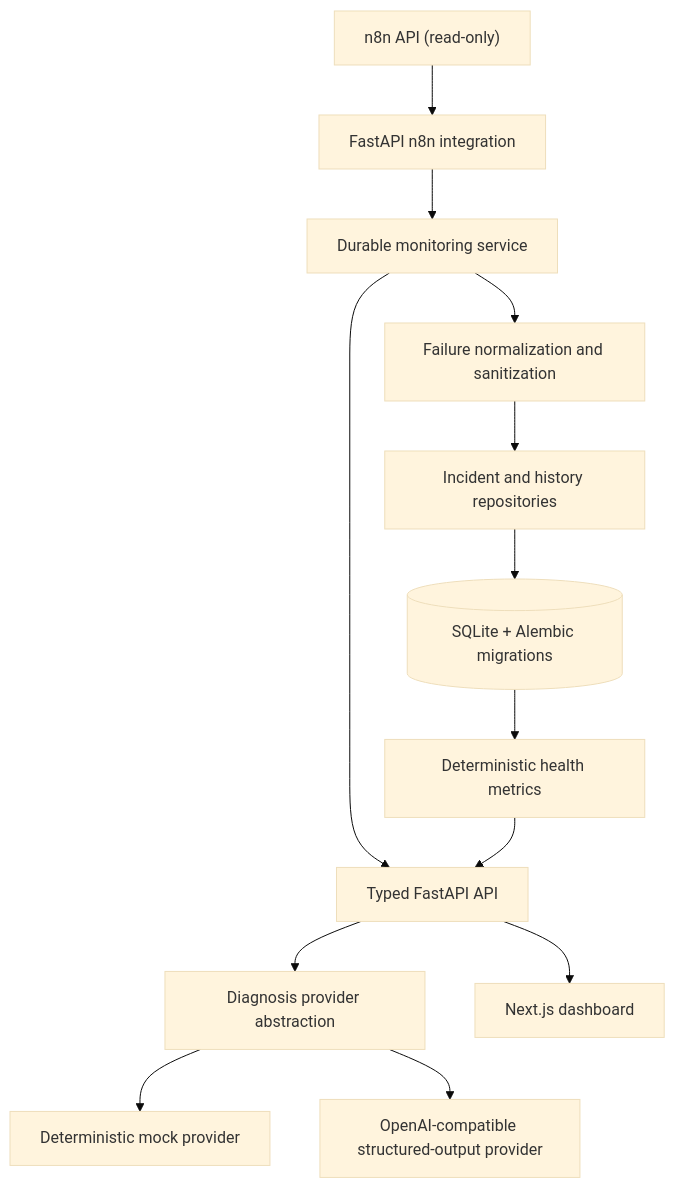
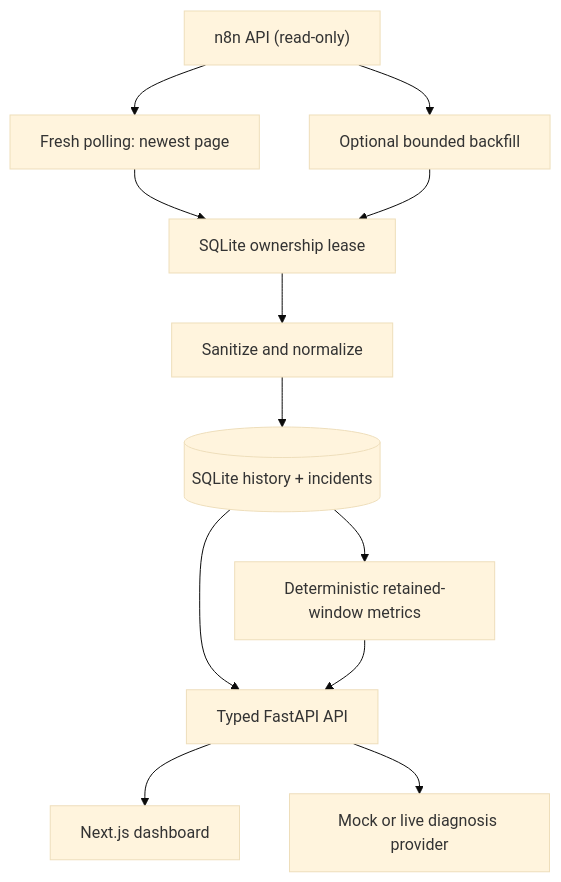
The diagram in README.md (engdareenbassamesleem/flowmedic-ai), drawn with Mermaid (base theme) before and after one commit. The commit also changed other lines of this file, not shown here.

Commit message:
docs: document production-hardened monitoring

````diff
--- a/README.md
+++ b/README.md
@@ -51,15 +52,14 @@
 ```mermaid
 flowchart TB
-    n8n["n8n API (read-only)"] --> integration["FastAPI n8n integration"]
-    integration --> monitor["Durable monitoring service"]
-    monitor --> normalize["Failure normalization and sanitization"]
-    normalize --> repository["Incident and history repositories"]
-    repository --> database[("SQLite + Alembic migrations")]
-    database --> metrics["Deterministic health metrics"]
-    monitor --> api["Typed FastAPI API"]
+    n8n["n8n API (read-only)"] --> fresh["Fresh polling: newest page"]
+    n8n --> backfill["Optional bounded backfill"]
+    fresh --> lease["SQLite ownership lease"]
+    backfill --> lease
+    lease --> normalize["Sanitize and normalize"]
+    normalize --> storage[("SQLite history + incidents")]
+    storage --> metrics["Deterministic retained-window metrics"]
+    storage --> api["Typed FastAPI API"]
     metrics --> api
-    api --> provider["Diagnosis provider abstraction"]
-    provider --> mock["Deterministic mock provider"]
-    provider --> live["OpenAI-compatible structured-output provider"]
     api --> dashboard["Next.js dashboard"]
+    api --> provider["Mock or live diagnosis provider"]
 ```
````
